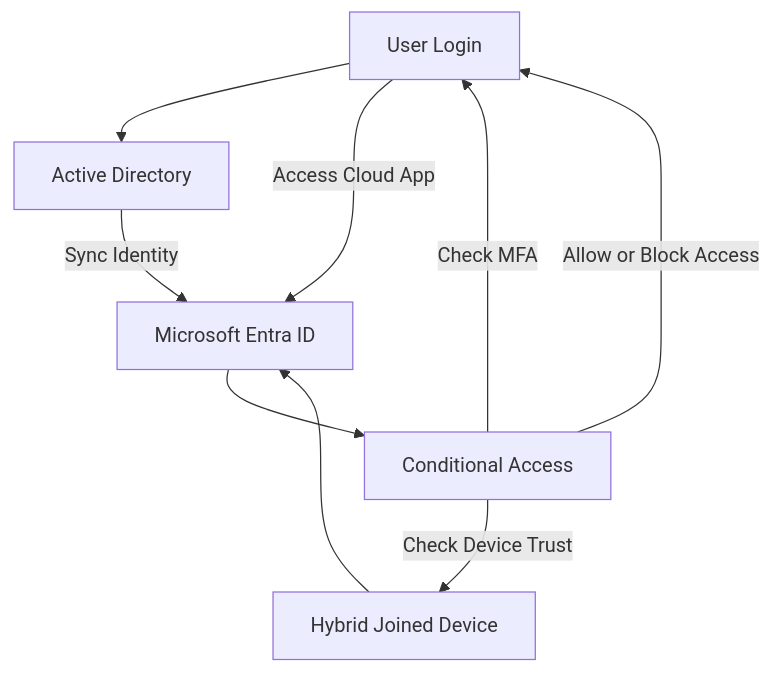
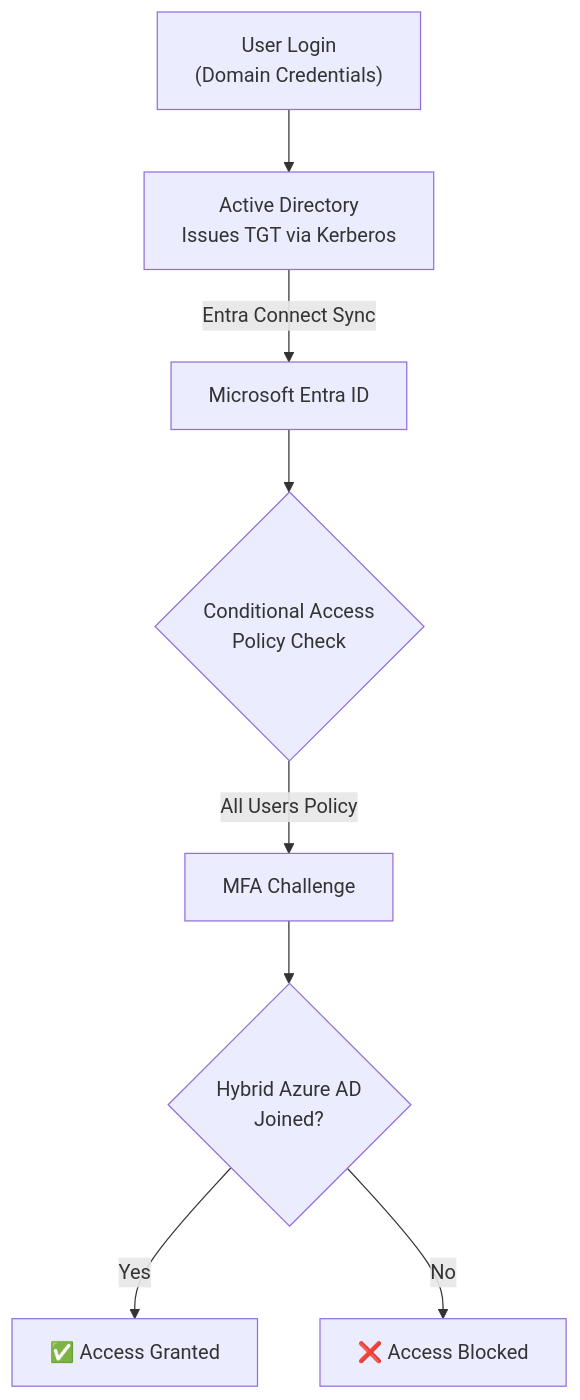
The third of 4 diagrams in README.md (ggrochevski/IAM-Hybrid-Identity-Lab), drawn with Mermaid before and after one commit. The commit also changed other lines of this file, not shown here.

````diff
--- a/README.md
+++ b/README.md
@@ -80,22 +128,11 @@
 ```mermaid
 flowchart TD
-
-User["User Login"]
-Device["Hybrid Joined Device"]
-AD["Active Directory"]
-Entra["Microsoft Entra ID"]
-CA["Conditional Access"]
-
-User --> AD
-AD -->|Sync Identity| Entra
-
-User -->|Access Cloud App| Entra
-Device --> Entra
-
-Entra --> CA
-
-CA -->|Check MFA| User
-CA -->|Check Device Trust| Device
-
-CA -->|Allow or Block Access| User
+    Login["User Login\n(Domain Credentials)"] --> AD
+    AD["Active Directory\nIssues TGT via Kerberos"] -->|"Entra Connect Sync"| Entra
+    Entra["Microsoft Entra ID"] --> CA
+    CA{"Conditional Access\nPolicy Check"}
+    CA -->|"All Users Policy"| MFA["MFA Challenge"]
+    MFA --> DeviceCheck{"Hybrid Azure AD\nJoined?"}
+    DeviceCheck -->|"Yes"| Allow["✅ Access Granted"]
+    DeviceCheck -->|"No"| Block["❌ Access Blocked"]
 ```
````
